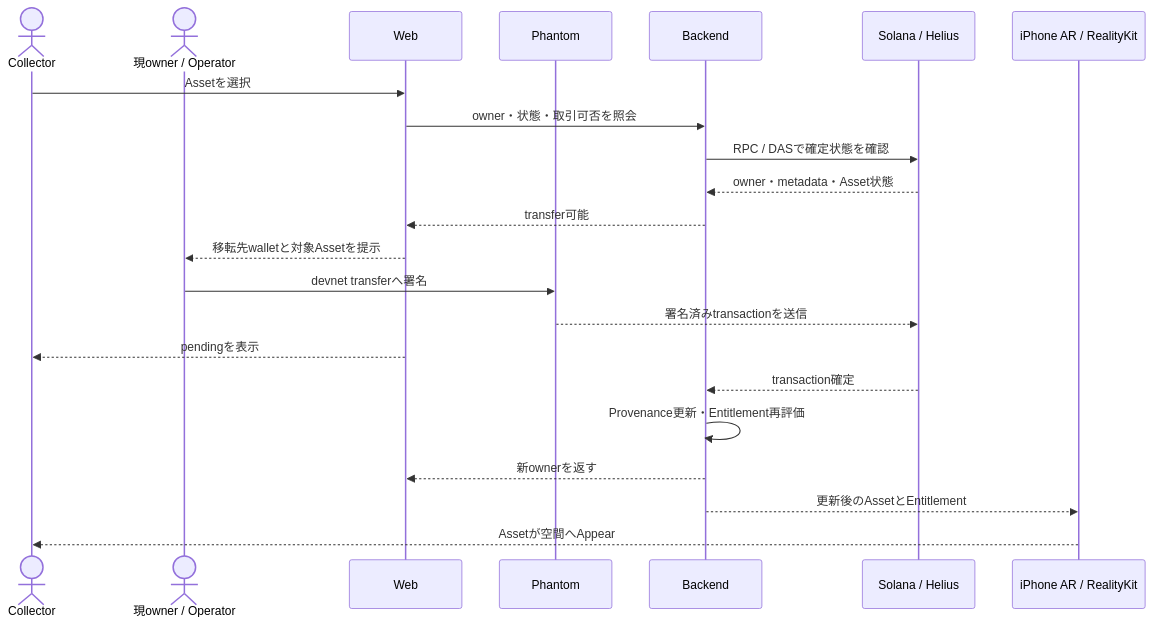
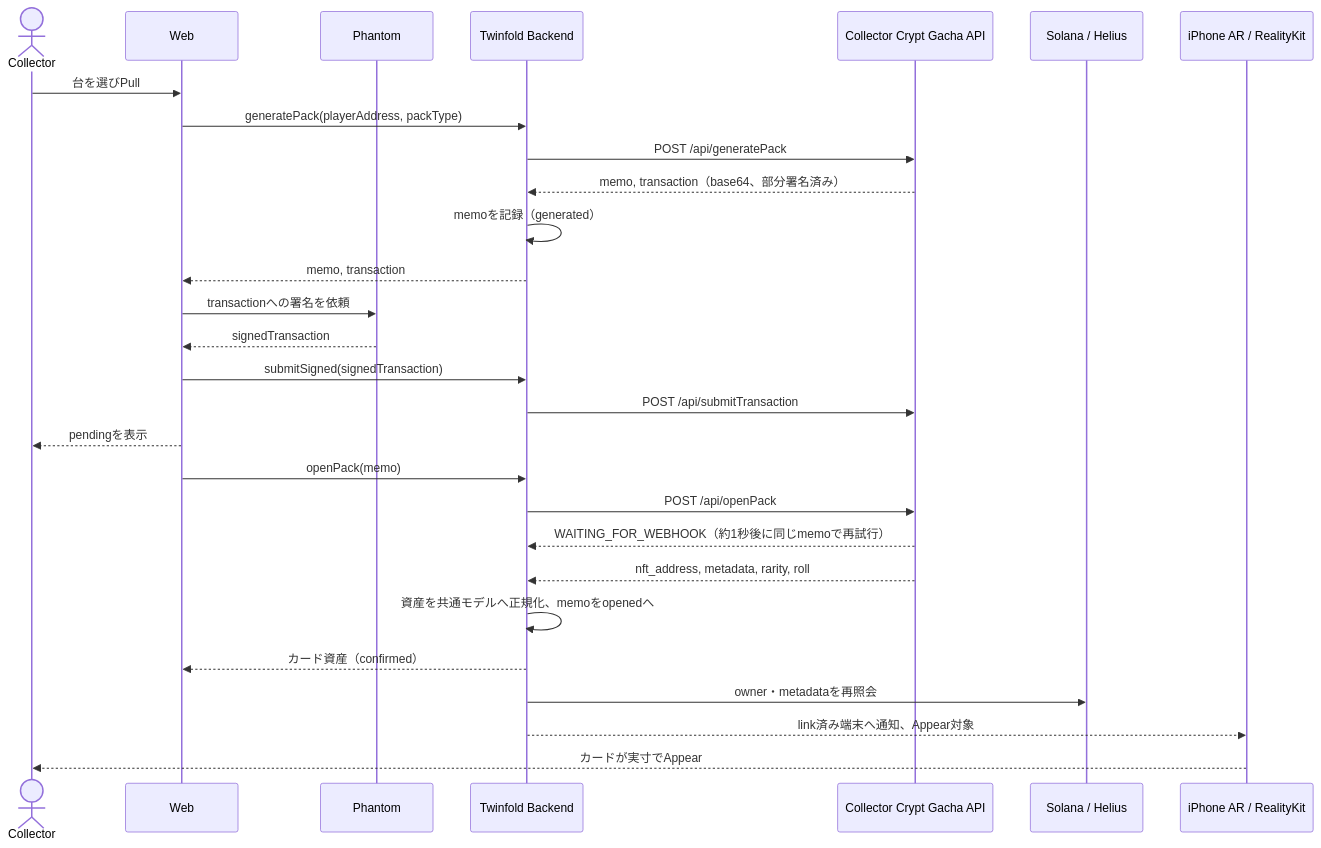
The third of 3 diagrams in docs/architecture.md (arisanari/collectibles-ar), drawn with Mermaid before and after one commit. The commit also changed other lines of this file and 75 other files, not shown here.

First line of the commit message:
feat: pivot to SlabAR, host Collector Crypt gacha on devnet

````diff
--- a/docs/architecture.md
+++ b/docs/architecture.md
@@ -153,25 +149,31 @@
 ```mermaid
 sequenceDiagram
     actor Collector
-    actor Operator as 現owner / Operator
     participant Web
     participant Phantom
-    participant Backend
+    participant Backend as Twinfold Backend
+    participant CC as Collector Crypt Gacha API
     participant Solana as Solana / Helius
     participant Spatial as iPhone AR / RealityKit
 
-    Collector->>Web: Assetを選択
-    Web->>Backend: owner・状態・取引可否を照会
-    Backend->>Solana: RPC / DASで確定状態を確認
-    Solana-->>Backend: owner・metadata・Asset状態
-    Backend-->>Web: transfer可能
-    Web-->>Operator: 移転先walletと対象Assetを提示
-    Operator->>Phantom: devnet transferへ署名
-    Phantom-->>Solana: 署名済みtransactionを送信
+    Collector->>Web: 台を選びPull
+    Web->>Backend: generatePack(playerAddress, packType)
+    Backend->>CC: POST /api/generatePack
+    CC-->>Backend: memo, transaction（base64、部分署名済み）
+    Backend->>Backend: memoを記録（generated）
+    Backend-->>Web: memo, transaction
+    Web->>Phantom: transactionへの署名を依頼
+    Phantom-->>Web: signedTransaction
+    Web->>Backend: submitSigned(signedTransaction)
+    Backend->>CC: POST /api/submitTransaction
     Web-->>Collector: pendingを表示
-    Solana-->>Backend: transaction確定
-    Backend->>Backend: Provenance更新・Entitlement再評価
-    Backend-->>Web: 新ownerを返す
-    Backend-->>Spatial: 更新後のAssetとEntitlement
-    Spatial-->>Collector: Assetが空間へAppear
+    Web->>Backend: openPack(memo)
+    Backend->>CC: POST /api/openPack
+    CC-->>Backend: WAITING_FOR_WEBHOOK（約1秒後に同じmemoで再試行）
+    CC-->>Backend: nft_address, metadata, rarity, roll
+    Backend->>Backend: 資産を共通モデルへ正規化、memoをopenedへ
+    Backend-->>Web: カード資産（confirmed）
+    Backend->>Solana: owner・metadataを再照会
+    Backend-->>Spatial: link済み端末へ通知、Appear対象
+    Spatial-->>Collector: カードが実寸でAppear
 ```
````
